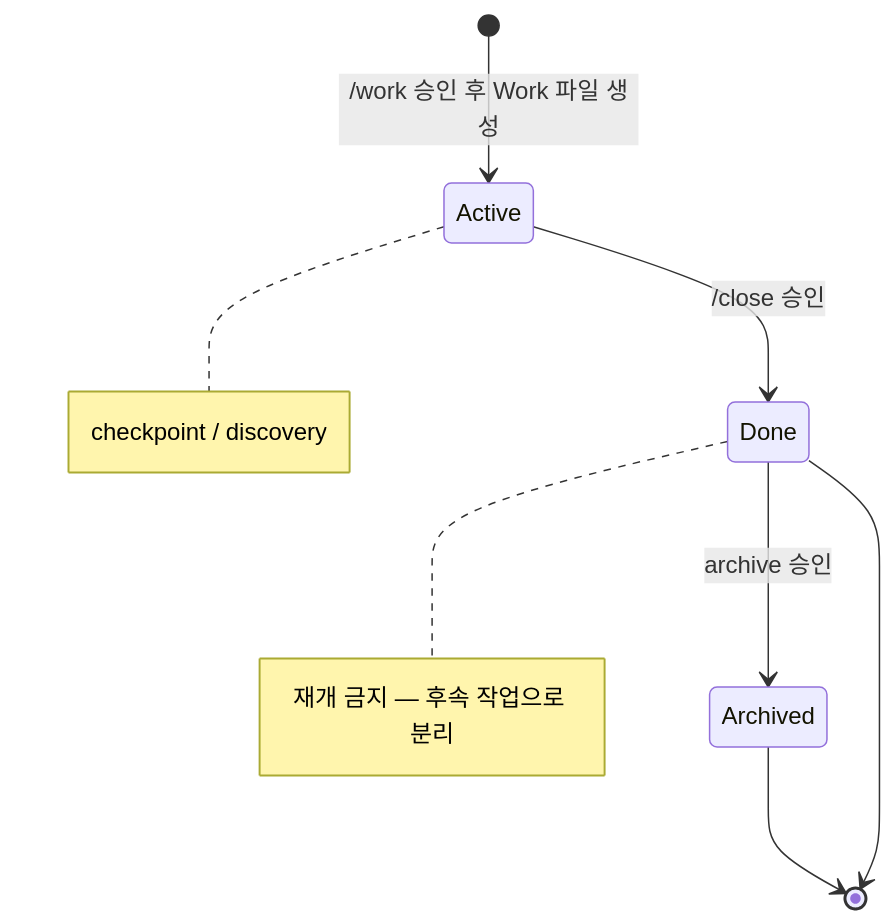
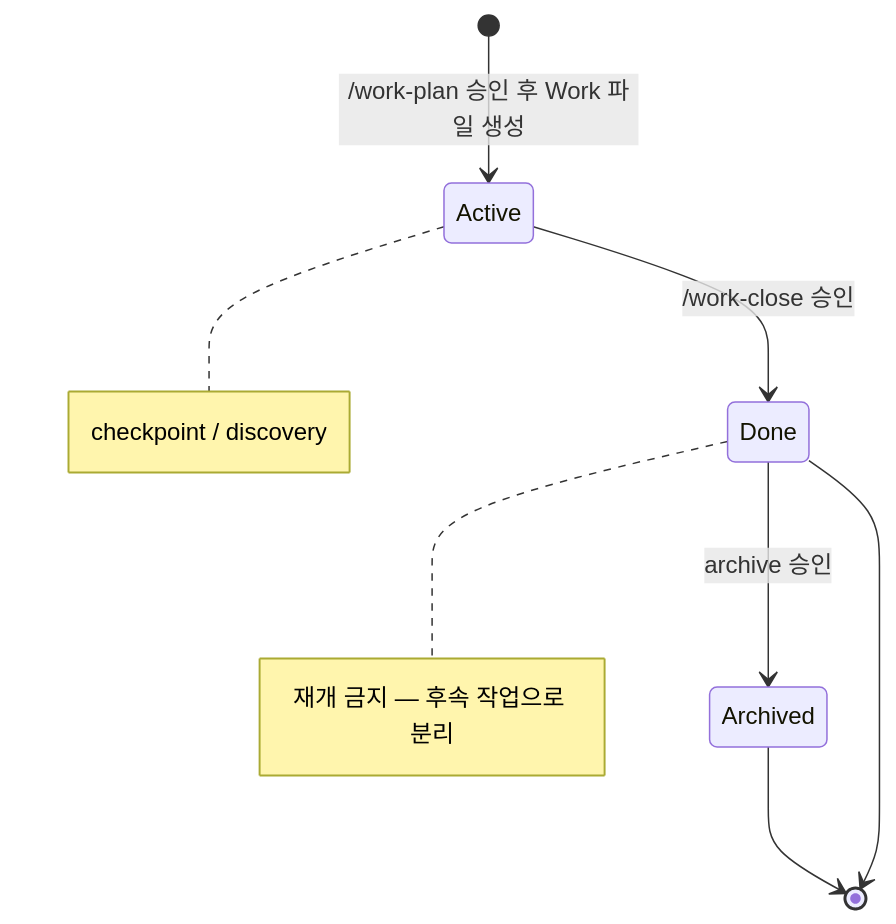
One commit to kyungseo/ai-workflow-harness changed the sixth of 7 diagrams in README.md. Above: the diagram before and after it, drawn with Mermaid. The commit also changed other lines of this file and 83 other files, not shown here.

````diff
--- a/README.md
+++ b/README.md
@@ -362,15 +362,15 @@
 ```mermaid
 stateDiagram-v2
-    [*] --> Active: /work 승인 후 Work 파일 생성
-    Active --> Done: /close 승인
+    [*] --> Active: /work-plan 승인 후 Work 파일 생성
+    Active --> Done: /work-close 승인
     Done --> Archived: archive 승인
     Archived --> [*]
     Done --> [*]
 
     note right of Active
         checkpoint / discovery
     end note
     note right of Done
         재개 금지 — 후속 작업으로 분리
     end note
 ```
````
